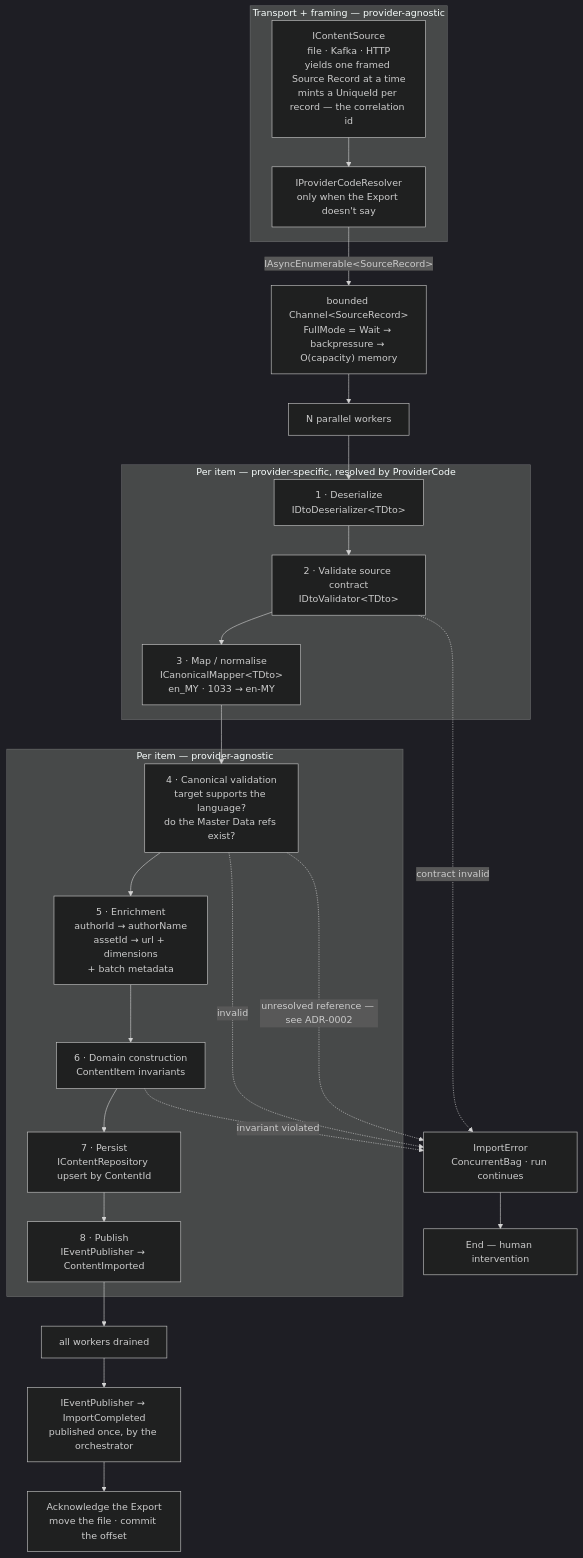
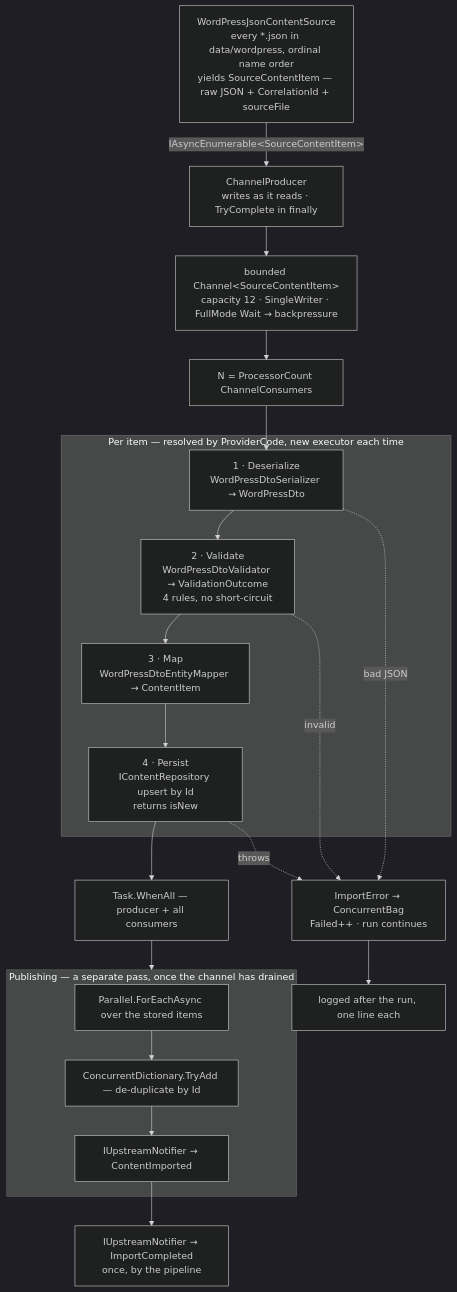
One commit to wancm/wcms changed the first of 2 diagrams in PLAN.md. Above: the diagram before and after it, drawn with Mermaid (dark theme). The commit also changed other lines of this file and 2 other files, not shown here.

````diff
--- a/PLAN.md
+++ b/PLAN.md
@@ -48,42 +85,40 @@
 ```mermaid
 flowchart TD
-    subgraph T["Transport + framing — provider-agnostic"]
-        S["IContentSource<br/>file · Kafka · HTTP<br/>yields one framed Source Record at a time<br/>mints a UniqueId per record — the correlation id"]
-        R["IProviderCodeResolver<br/>only when the Export doesn't say"]
-        S --> R
-    end
+    S["WordPressJsonContentSource<br/>every *.json in data/wordpress, ordinal name order<br/>yields SourceContentItem — raw JSON + CorrelationId + sourceFile"]
 
-    R -->|"IAsyncEnumerable&lt;SourceRecord&gt;"| CH
+    S -->|"IAsyncEnumerable&lt;SourceContentItem&gt;"| PR
 
-    CH["bounded Channel&lt;SourceRecord&gt;<br/>FullMode = Wait → backpressure → O(capacity) memory"]
+    PR["ChannelProducer<br/>writes as it reads · TryComplete in finally"]
+    PR --> CH
 
-    CH --> W["N parallel workers"]
+    CH["bounded Channel&lt;SourceContentItem&gt;<br/>capacity 12 · SingleWriter · FullMode Wait → backpressure"]
 
-    subgraph P["Per item — provider-specific, resolved by ProviderCode"]
-        A1["1 · Deserialize<br/>IDtoDeserializer&lt;TDto&gt;"]
-        A2["2 · Validate source contract<br/>IDtoValidator&lt;TDto&gt;"]
-        A3["3 · Map / normalise<br/>ICanonicalMapper&lt;TDto&gt;<br/>en_MY · 1033 → en-MY"]
-        A1 --> A2 --> A3
-    end
+    CH --> W["N = ProcessorCount ChannelConsumers"]
 
-    subgraph C["Per item — provider-agnostic"]
-        B1["4 · Canonical validation<br/>target supports the language?<br/>do the Master Data refs exist?"]
-        B2["5 · Enrichment<br/>authorId → authorName<br/>assetId → url + dimensions<br/>+ batch metadata"]
-        B3["6 · Domain construction<br/>ContentItem invariants"]
-        B4["7 · Persist<br/>IContentRepository upsert by ContentId"]
-        B5["8 · Publish<br/>IEventPublisher → ContentImported"]
-        B1 --> B2 --> B3 --> B4 --> B5
+    subgraph P["Per item — resolved by ProviderCode, new executor each time"]
+        A1["1 · Deserialize<br/>WordPressDtoSerializer → WordPressDto"]
+        A2["2 · Validate<br/>WordPressDtoValidator → ValidationOutcome<br/>4 rules, no short-circuit"]
+        A3["3 · Map<br/>WordPressDtoEntityMapper → ContentItem"]
+        A4["4 · Persist<br/>IContentRepository upsert by Id<br/>returns isNew"]
+        A1 --> A2 --> A3 --> A4
     end
 
     W --> A1
-    A3 --> B1
-    B5 --> D["all workers drained"]
-    D --> E["IEventPublisher → ImportCompleted<br/>published once, by the orchestrator"]
-    E --> ACK["Acknowledge the Export<br/>move the file · commit the offset"]
+    A4 --> DR["Task.WhenAll — producer + all consumers"]
 
-    A2 -.->|contract invalid| X["ImportError<br/>ConcurrentBag · run continues"]
-    B1 -.->|invalid| X
-    B1 -.->|"unresolved reference — see ADR-0002"| X
-    B3 -.->|invariant violated| X
-    X --> HU["End — human intervention"]
+    DR --> PUB
+
+    subgraph PUB["Publishing — a separate pass, once the channel has drained"]
+        B1["Parallel.ForEachAsync over the stored items"]
+        B2["ConcurrentDictionary.TryAdd — de-duplicate by Id"]
+        B3["IUpstreamNotifier → ContentImported"]
+        B1 --> B2 --> B3
+    end
+
+    B3 --> E["IUpstreamNotifier → ImportCompleted<br/>once, by the pipeline"]
+
+    A2 -.->|invalid| X["ImportError → ConcurrentBag<br/>Failed++ · run continues"]
+    A1 -.->|bad JSON| X
+    A4 -.->|throws| X
+    X --> LOG["logged after the run, one line each"]
 ```
````
